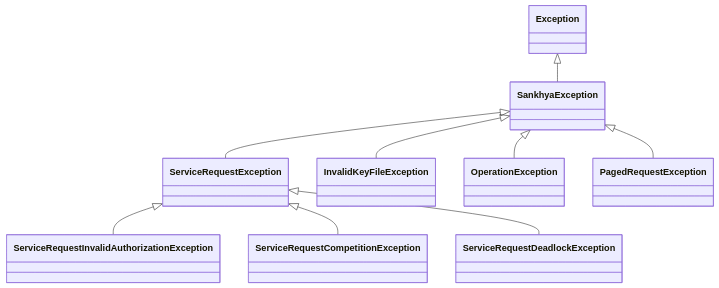
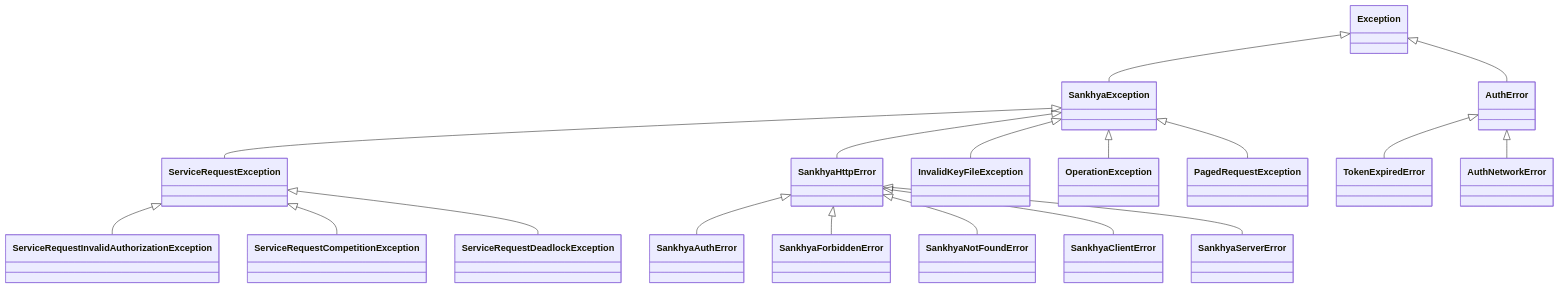
One commit to ssmvictor/Sankhya-SDK-python changed the diagram in docs/api-reference/exceptions.md. Above: the diagram before and after it, drawn with Mermaid. The commit also changed other lines of this file and 12 other files, not shown here.

````diff
--- a/docs/api-reference/exceptions.md
+++ b/docs/api-reference/exceptions.md
@@ -7,11 +7,20 @@
 ```mermaid
 classDiagram
     Exception <|-- SankhyaException
+    Exception <|-- AuthError
     SankhyaException <|-- ServiceRequestException
+    SankhyaException <|-- SankhyaHttpError
     SankhyaException <|-- InvalidKeyFileException
     SankhyaException <|-- OperationException
     SankhyaException <|-- PagedRequestException
     ServiceRequestException <|-- ServiceRequestInvalidAuthorizationException
     ServiceRequestException <|-- ServiceRequestCompetitionException
     ServiceRequestException <|-- ServiceRequestDeadlockException
+    SankhyaHttpError <|-- SankhyaAuthError
+    SankhyaHttpError <|-- SankhyaForbiddenError
+    SankhyaHttpError <|-- SankhyaNotFoundError
+    SankhyaHttpError <|-- SankhyaClientError
+    SankhyaHttpError <|-- SankhyaServerError
+    AuthError <|-- TokenExpiredError
+    AuthError <|-- AuthNetworkError
 ```
````
